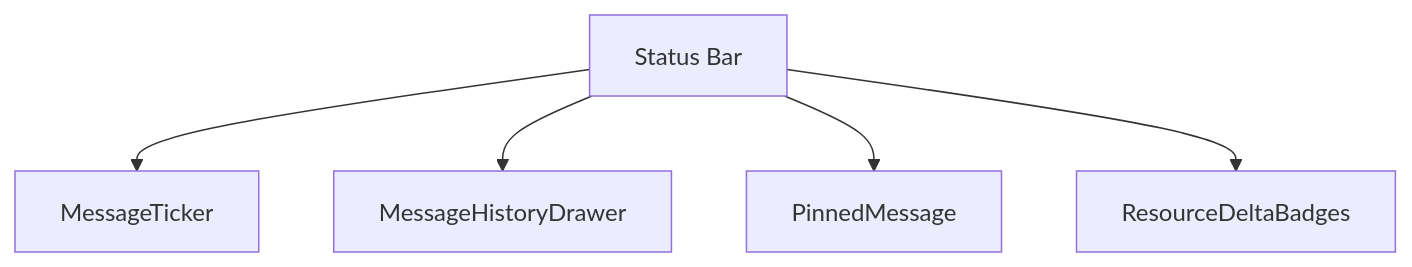
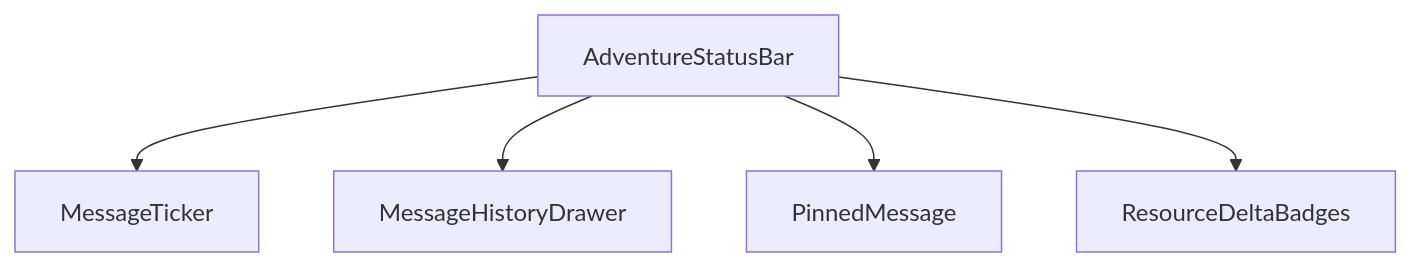
Before and after one commit to SunaNoOshiro/Heroes_Reforged_AI_Realms: the first of 5 diagrams in docs/architecture/wiki/screens/19-status-bar/architecture.md, drawn with Mermaid. The commit also changed other lines of this file and 518 other files, not shown here.

First line of the commit message:
Add doc-audit skill and sweep architecture/screen docs

````diff
--- a/docs/architecture/wiki/screens/19-status-bar/architecture.md
+++ b/docs/architecture/wiki/screens/19-status-bar/architecture.md
@@ -16,12 +19,8 @@
 ```mermaid
 flowchart TD
-  Root["Status Bar"]
-  C0["MessageTicker"]
-  Root --> C0
-  C1["MessageHistoryDrawer"]
-  Root --> C1
-  C2["PinnedMessage"]
-  Root --> C2
-  C3["ResourceDeltaBadges"]
-  Root --> C3
+  Root["AdventureStatusBar"]
+  Root --> Ticker["MessageTicker"]
+  Root --> Drawer["MessageHistoryDrawer"]
+  Root --> Pinned["PinnedMessage"]
+  Root --> Deltas["ResourceDeltaBadges"]
 ```
````
